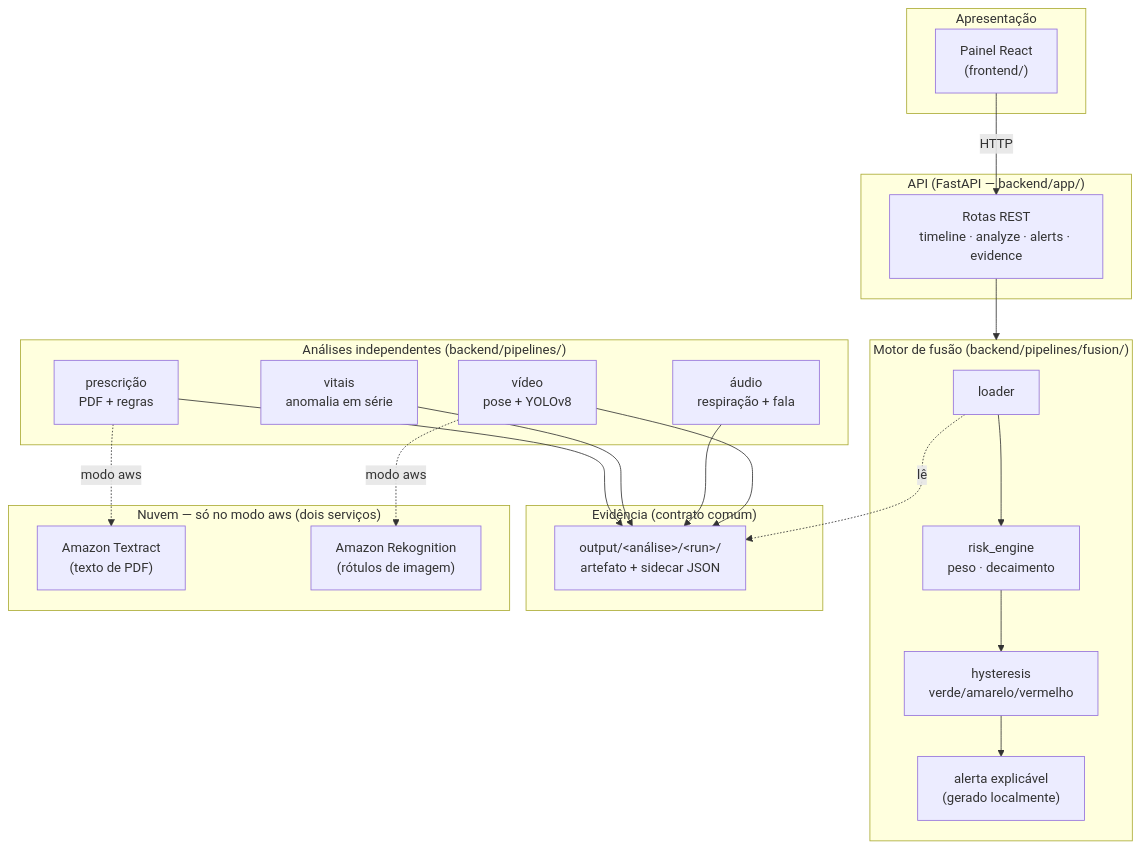
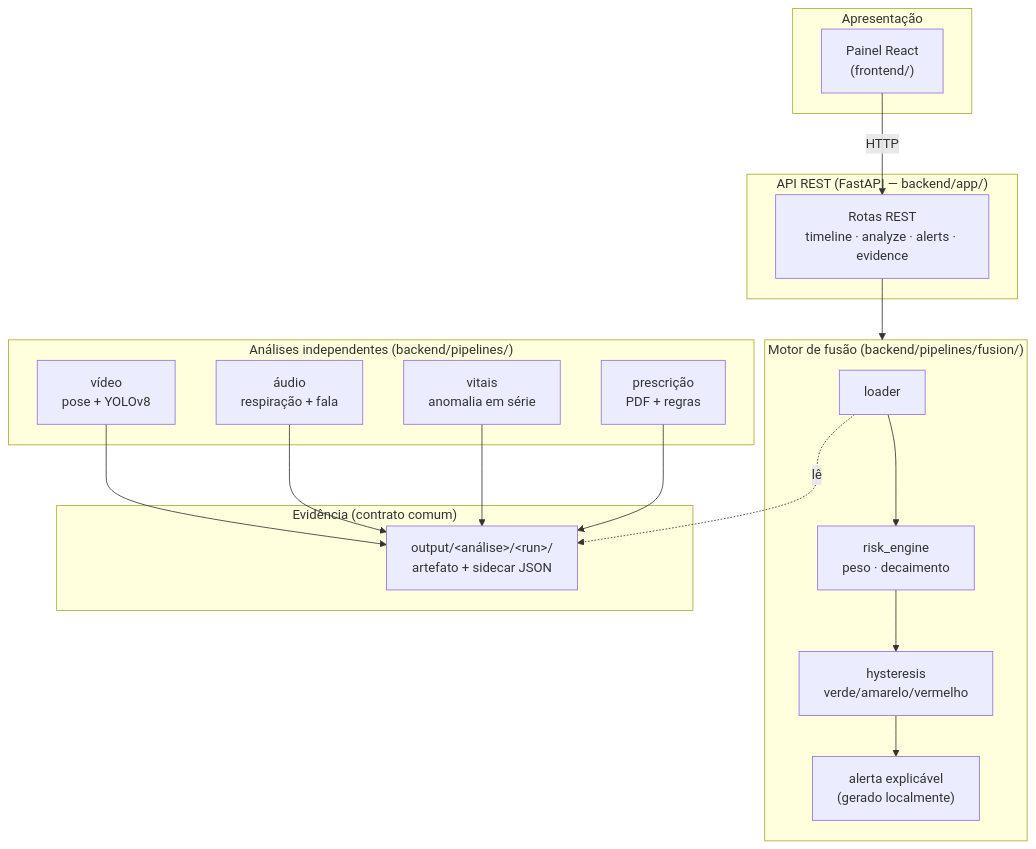
Before and after one commit to AnaPRodrigues/8iadt-tc-fase4-multi-monitoring: the first of 2 diagrams in README.md, drawn with Mermaid. The commit also changed other lines of this file and 33 other files, not shown here.

````diff
--- a/README.md
+++ b/README.md
@@ -40,42 +76,35 @@
 ```mermaid
 flowchart TB
     subgraph FE["Apresentação"]
         ST["Painel React<br/>(frontend/)"]
     end
 
-    subgraph API["API (FastAPI — backend/app/)"]
+    subgraph API["API REST (FastAPI — backend/app/)"]
         R["Rotas REST<br/>timeline · analyze · alerts · evidence"]
     end
 
     subgraph FUSION["Motor de fusão (backend/pipelines/fusion/)"]
         LO["loader"] --> RE["risk_engine<br/>peso · decaimento"]
         RE --> HY["hysteresis<br/>verde/amarelo/vermelho"]
         HY --> AL["alerta explicável<br/>(gerado localmente)"]
     end
 
     subgraph PIPES["Análises independentes (backend/pipelines/)"]
         V["vídeo<br/>pose + YOLOv8"]
         A["áudio<br/>respiração + fala"]
         VI["vitais<br/>anomalia em série"]
         PR["prescrição<br/>PDF + regras"]
     end
 
     subgraph EVID["Evidência (contrato comum)"]
         E["output/&lt;análise&gt;/&lt;run&gt;/<br/>artefato + sidecar JSON"]
     end
 
-    subgraph CLOUD["Nuvem — só no modo aws (dois serviços)"]
-        TX["Amazon Textract<br/>(texto de PDF)"]
-        RK["Amazon Rekognition<br/>(rótulos de imagem)"]
-    end
-
     ST -->|HTTP| R
     R --> FUSION
     V --> E
     A --> E
     VI --> E
     PR --> E
     LO -.lê.-> E
-    PR -.modo aws.-> TX
-    V -.modo aws.-> RK
 ```
````
